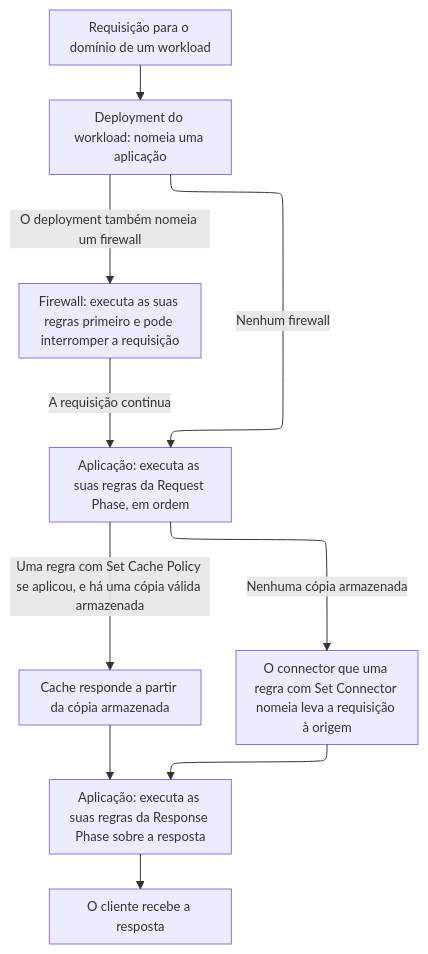
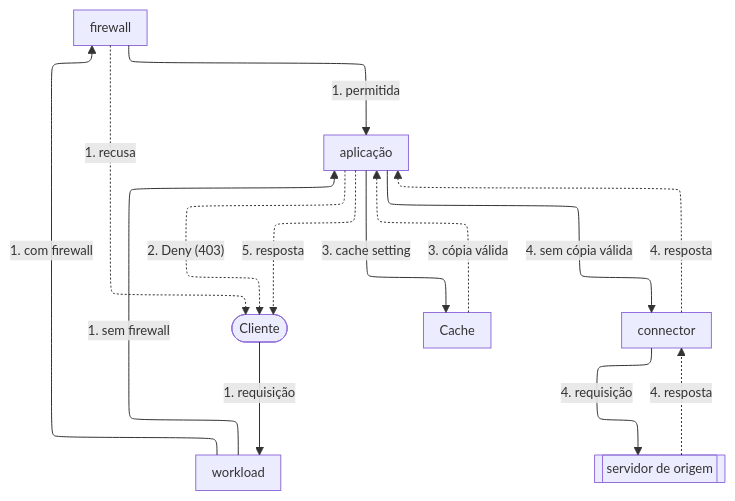
Before and after one commit to aziontech/docs: the diagram in apps/docs/src/content/docs/pt-br/pages/menu-principal/referencia/build/edge-application/edge-application.mdx, drawn with Mermaid. The commit also changed other lines of this file and 3 other files, not shown here.

First line of the commit message:
docs(applications): rewrite the Overview and How it works, and redraw their diagrams

````diff
--- a/apps/docs/src/content/docs/pt-br/pages/menu-principal/referencia/build/edge-application/edge-application.mdx
+++ b/apps/docs/src/content/docs/pt-br/pages/menu-principal/referencia/build/edge-application/edge-application.mdx
@@ -65,13 +69,24 @@
 ```mermaid
-%%{init: {"layout": "elk", "themeVariables": {"fontSize": "13px"}, "flowchart": {"nodeSpacing": 24, "rankSpacing": 36, "padding": 8, "wrappingWidth": 150, "useMaxWidth": true}, "sequence": {"width": 120, "actorMargin": 30, "useMaxWidth": true}}}%%
+%%{init: {"layout": "elk", "elk": {"cycleBreakingStrategy": "MODEL_ORDER"}, "themeVariables": {"fontSize": "13px"}, "flowchart": {"nodeSpacing": 24, "rankSpacing": 36, "padding": 8, "wrappingWidth": 150, "useMaxWidth": true}, "sequence": {"width": 120, "actorMargin": 30, "useMaxWidth": true}}}%%
 flowchart TD
-  Q["Requisição para o domínio de um workload"] --> D["Deployment do workload: nomeia uma aplicação"]
-  D -->|"O deployment também nomeia um firewall"| FW["Firewall: executa as suas regras primeiro e pode interromper a requisição"]
-  D -->|"Nenhum firewall"| R["Aplicação: executa as suas regras da Request Phase, em ordem"]
-  FW -->|"A requisição continua"| R
-  R -->|"Uma regra com Set Cache Policy se aplicou, e há uma cópia válida armazenada"| C["Cache responde a partir da cópia armazenada"]
-  R -->|"Nenhuma cópia armazenada"| O["O connector que uma regra com Set Connector nomeia leva a requisição à origem"]
-  C --> P["Aplicação: executa as suas regras da Response Phase sobre a resposta"]
-  O --> P
-  P --> A["O cliente recebe a resposta"]
+  Client(["Cliente"])
+  WL["workload"]
+  FW["firewall"]
+  App["aplicação"]
+  Cache["Cache"]
+  Conn["connector"]
+  Origin[["servidor de origem"]]
+  Client -->|"1. requisição"| WL
+  WL -->|"1. com firewall"| FW
+  WL -->|"1. sem firewall"| App
+  FW -->|"1. permitida"| App
+  FW -.->|"1. recusa"| Client
+  App -.->|"2. Deny (403)"| Client
+  App -->|"3. cache setting"| Cache
+  Cache -.->|"3. cópia válida"| App
+  App -->|"4. sem cópia válida"| Conn
+  Conn -->|"4. requisição"| Origin
+  Origin -.->|"4. resposta"| Conn
+  Conn -.->|"4. resposta"| App
+  App -.->|"5. resposta"| Client
 ```
````
